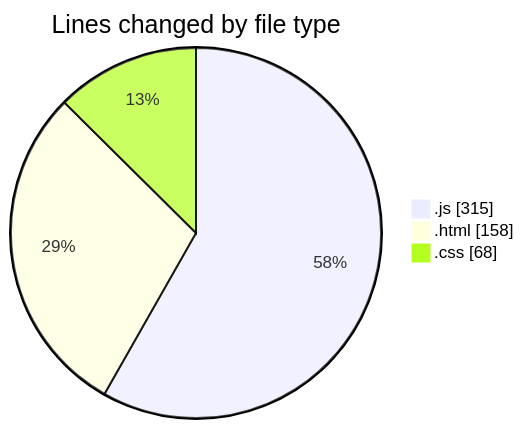
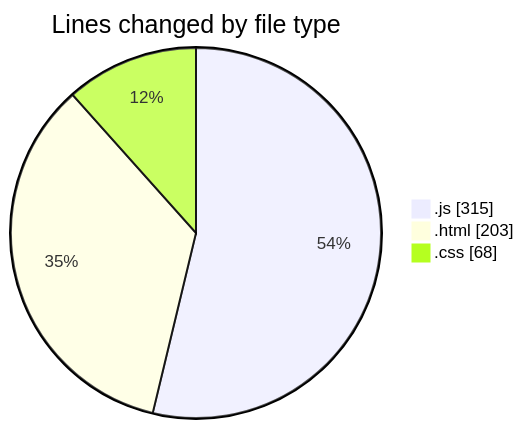
One commit to Ritupan-Deka/code-tracking changed the first of 2 diagrams in 2025-01-24/projects/README.md. Above: the diagram before and after it, drawn with Mermaid. The commit also changed other lines of this file and 1 other file, not shown here.

````diff
--- a/2025-01-24/projects/README.md
+++ b/2025-01-24/projects/README.md
@@ -29,7 +30,7 @@
 ```mermaid
 pie showData
 title Lines changed by file type
 ".js" : 315
-".html" : 158
+".html" : 203
 ".css" : 68
 ```
````
